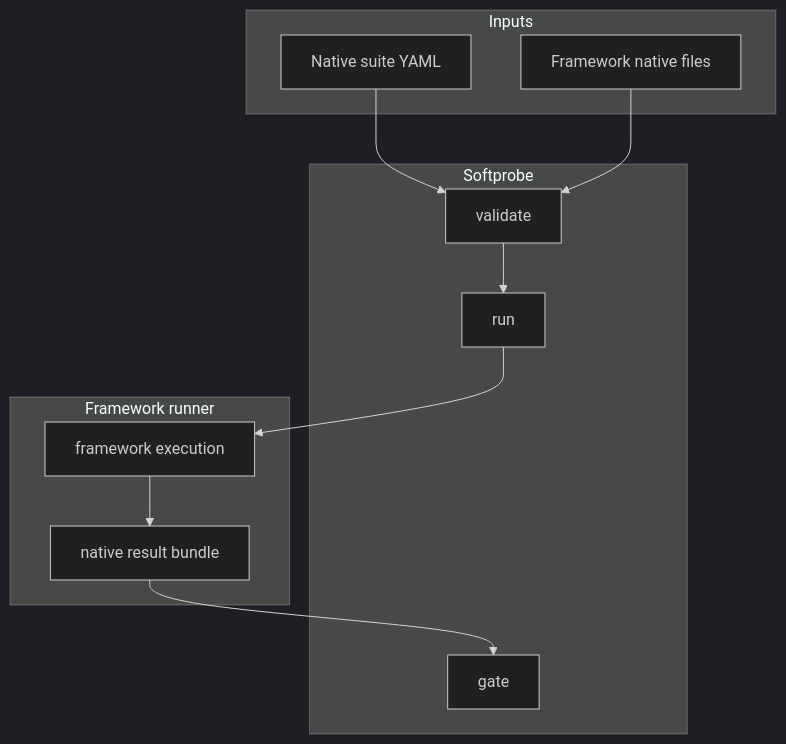
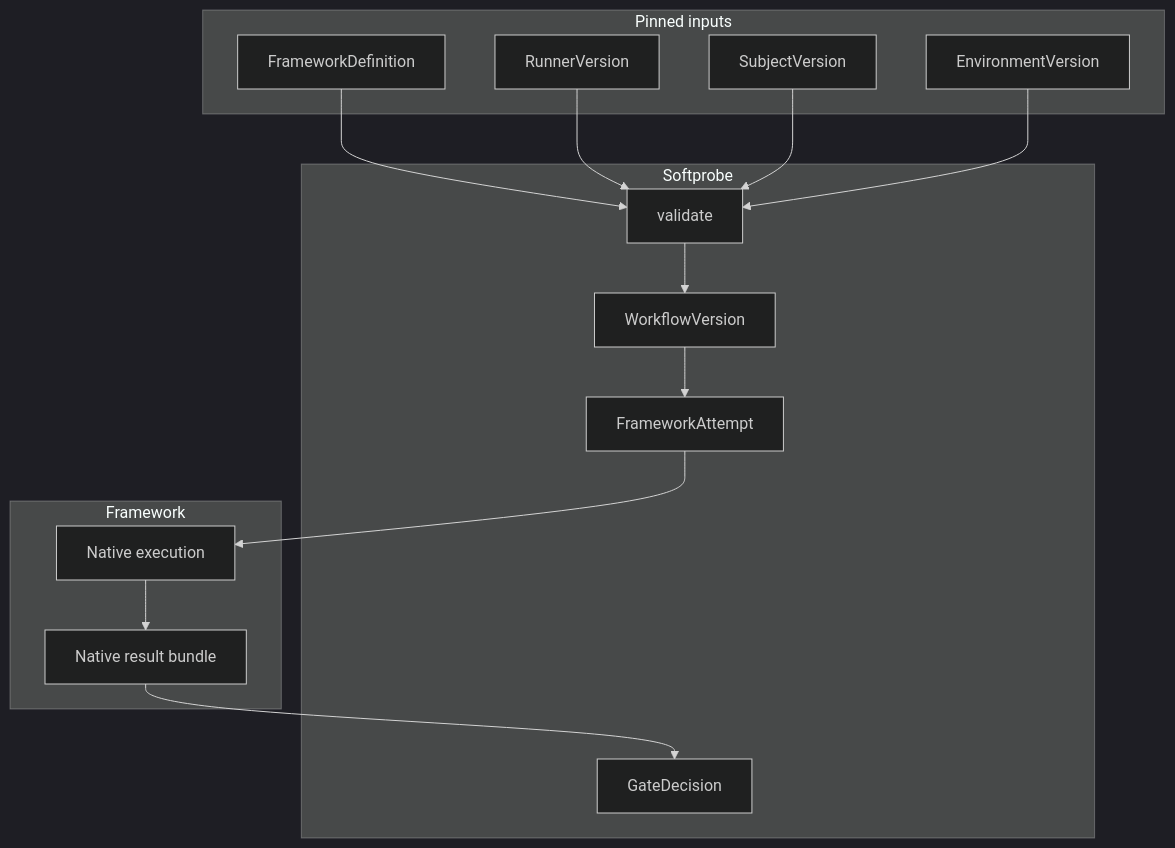
One commit to softprobe/document-website changed the diagram in en/evaluation/reference/framework-adapters.md. Above: the diagram before and after it, drawn with Mermaid (dark theme). The commit also changed other lines of this file and 57 other files, not shown here.

````diff
--- a/en/evaluation/reference/framework-adapters.md
+++ b/en/evaluation/reference/framework-adapters.md
@@ -11,20 +13,24 @@
 ```mermaid
 flowchart TB
-  subgraph inputs [Inputs]
-    Native[Native suite YAML]
-    FW[Framework native files]
+  subgraph inputs [Pinned inputs]
+    Def[FrameworkDefinition]
+    RunV[RunnerVersion]
+    Sub[SubjectVersion]
+    Env[EnvironmentVersion]
   end
   subgraph sp [Softprobe]
     Val[validate]
-    Run[run]
-    Gate[gate]
+    WV[WorkflowVersion]
+    Att[FrameworkAttempt]
+    Gate[GateDecision]
   end
-  subgraph fw [Framework runner]
-    Exec[framework execution]
-    Bundle[native result bundle]
+  subgraph fw [Framework]
+    Exec[Native execution]
+    Bundle[Native result bundle]
   end
-  Native --> Val
-  FW --> Val
-  Val --> Run
-  Run --> Exec --> Bundle --> Gate
+  Def --> Val
+  RunV --> Val
+  Sub --> Val
+  Env --> Val
+  Val --> WV --> Att --> Exec --> Bundle --> Gate
 ```
````
